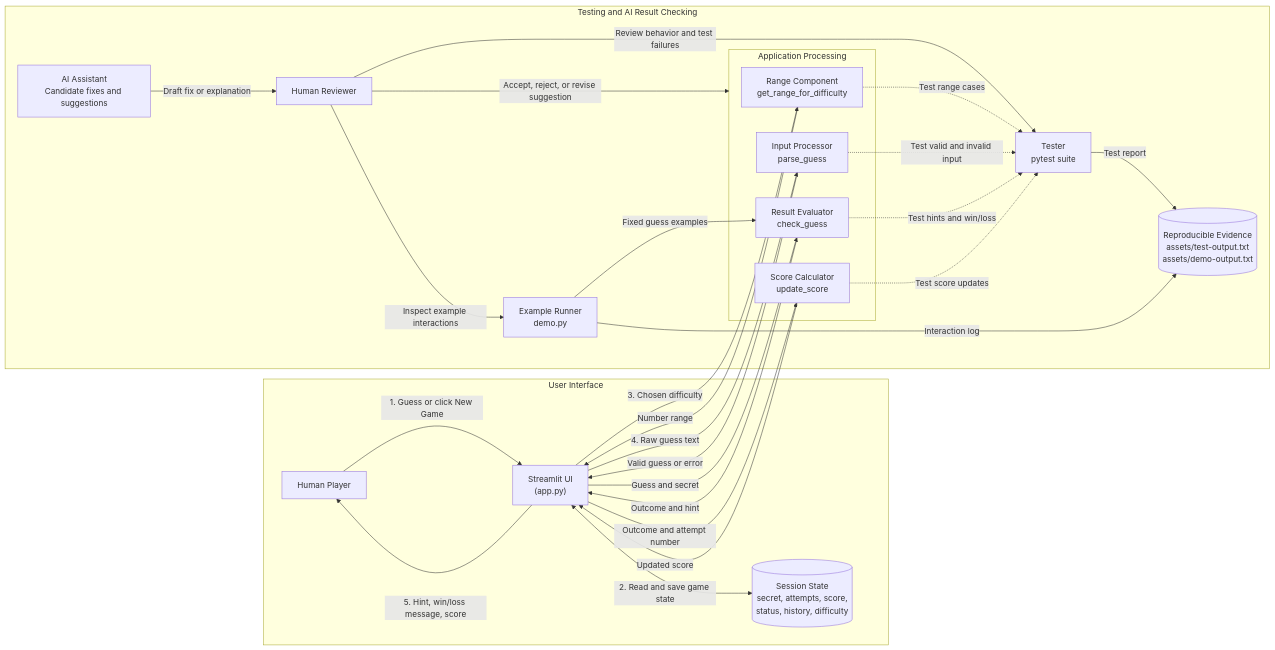
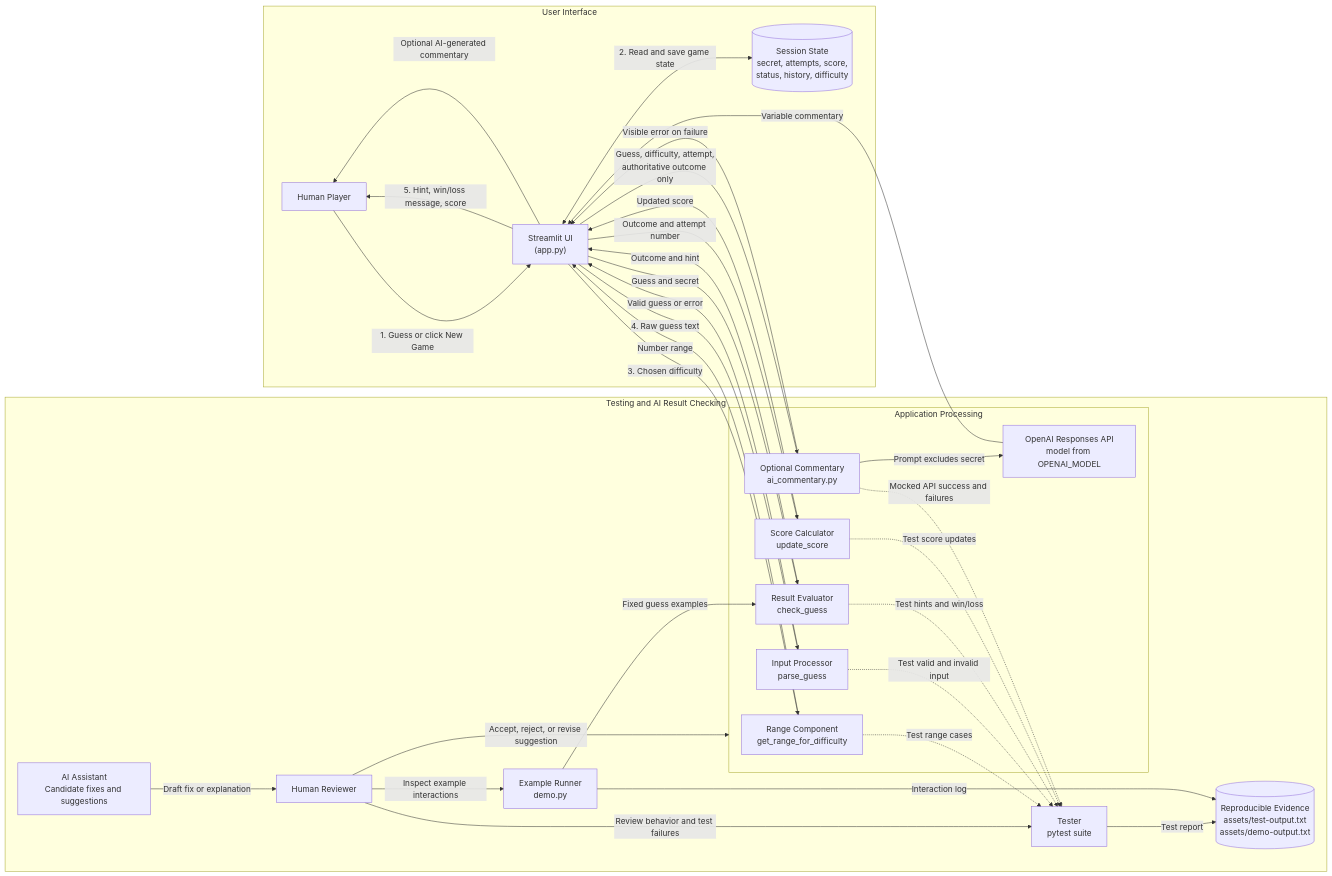
One commit to jenneyshajos/applied-ai-system-project-gameglitchinvestigator changed the diagram in applied-ai-system-final/diagrams/system-architecture.mmd. Above: the diagram before and after it, drawn with Mermaid. The commit also changed 7 other files, not shown here.

Commit message:
Add optional OpenAI game commentary

```diff
--- a/applied-ai-system-final/diagrams/system-architecture.mmd
+++ b/applied-ai-system-final/diagrams/system-architecture.mmd
@@ -1,46 +1,53 @@
 flowchart LR
     subgraph Interface["User Interface"]
         Human["Human Player"]
         UI["Streamlit UI\n(app.py)"]
         State[("Session State\nsecret, attempts, score,\nstatus, history, difficulty")]
         Human -->|"1. Guess or click New Game"| UI
         UI <-->|"2. Read and save game state"| State
     end
 
     subgraph Processing["Application Processing"]
         Range["Range Component\nget_range_for_difficulty"]
         Parser["Input Processor\nparse_guess"]
         Evaluator["Result Evaluator\ncheck_guess"]
         Scorer["Score Calculator\nupdate_score"]
+        Commentary["Optional Commentary\nai_commentary.py"]
 
         UI -->|"3. Chosen difficulty"| Range
         Range -->|"Number range"| UI
         UI -->|"4. Raw guess text"| Parser
         Parser -->|"Valid guess or error"| UI
         UI -->|"Guess and secret"| Evaluator
         Evaluator -->|"Outcome and hint"| UI
         UI -->|"Outcome and attempt number"| Scorer
         Scorer -->|"Updated score"| UI
+        UI -->|"Guess, difficulty, attempt,\nauthoritative outcome only"| Commentary
+        Commentary -->|"Prompt excludes secret"| OpenAI["OpenAI Responses API\nmodel from OPENAI_MODEL"]
+        OpenAI -->|"Variable commentary"| UI
+        Commentary -->|"Visible error on failure"| UI
     end
 
     subgraph Verification["Testing and AI Result Checking"]
         HumanCheck["Human Reviewer"]
         AIAssistant["AI Assistant\nCandidate fixes and suggestions"]
         Pytest["Tester\npytest suite"]
         Demo["Example Runner\ndemo.py"]
         Evidence[("Reproducible Evidence\nassets/test-output.txt\nassets/demo-output.txt")]
 
         AIAssistant -->|"Draft fix or explanation"| HumanCheck
         HumanCheck -->|"Accept, reject, or revise suggestion"| Processing
         HumanCheck -->|"Review behavior and test failures"| Pytest
         HumanCheck -->|"Inspect example interactions"| Demo
         Range -.->|"Test range cases"| Pytest
         Parser -.->|"Test valid and invalid input"| Pytest
         Evaluator -.->|"Test hints and win/loss"| Pytest
         Scorer -.->|"Test score updates"| Pytest
+        Commentary -.->|"Mocked API success and failures"| Pytest
         Demo -->|"Fixed guess examples"| Evaluator
         Pytest -->|"Test report"| Evidence
         Demo -->|"Interaction log"| Evidence
     end
 
     UI -->|"5. Hint, win/loss message, score"| Human
+    UI -->|"Optional AI-generated commentary"| Human
```
